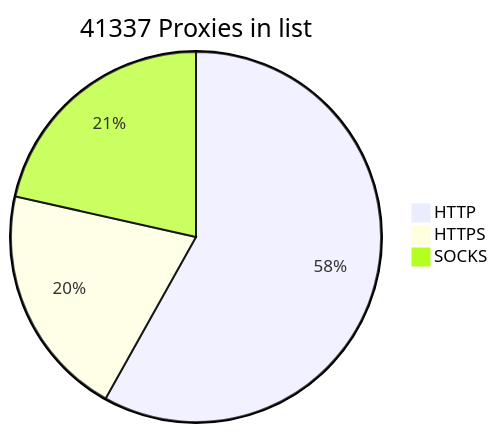
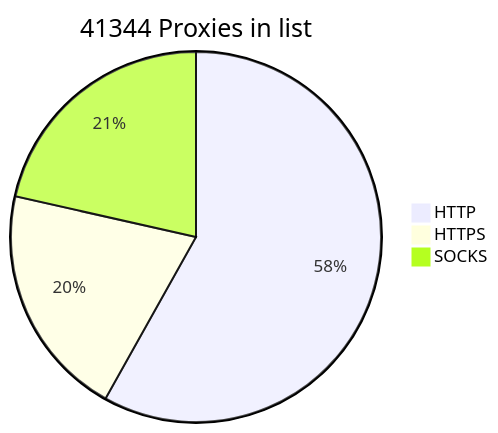
The diagram in README.md (BlackSnowDot/proxylist-update-every-minute), drawn with Mermaid before and after one commit.

````diff
--- a/README.md
+++ b/README.md
@@ -2,6 +2,6 @@
 ```mermaid
-pie title 41337 Proxies in list
-    "HTTP" : 27792
-    "HTTPS": 9757
-    "SOCKS" : 10271
+pie title 41344 Proxies in list
+    "HTTP" : 27800
+    "HTTPS": 9758
+    "SOCKS" : 10270
 ```
````
